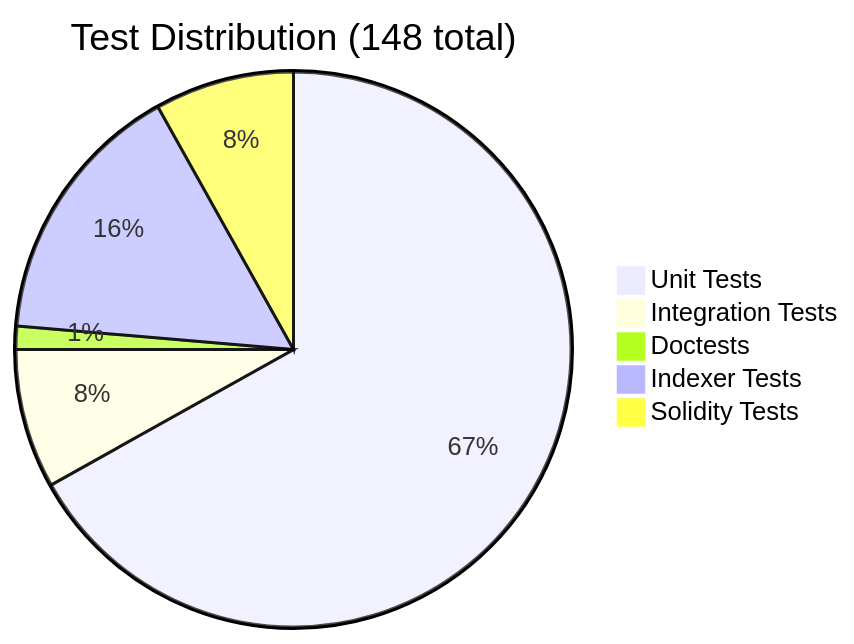
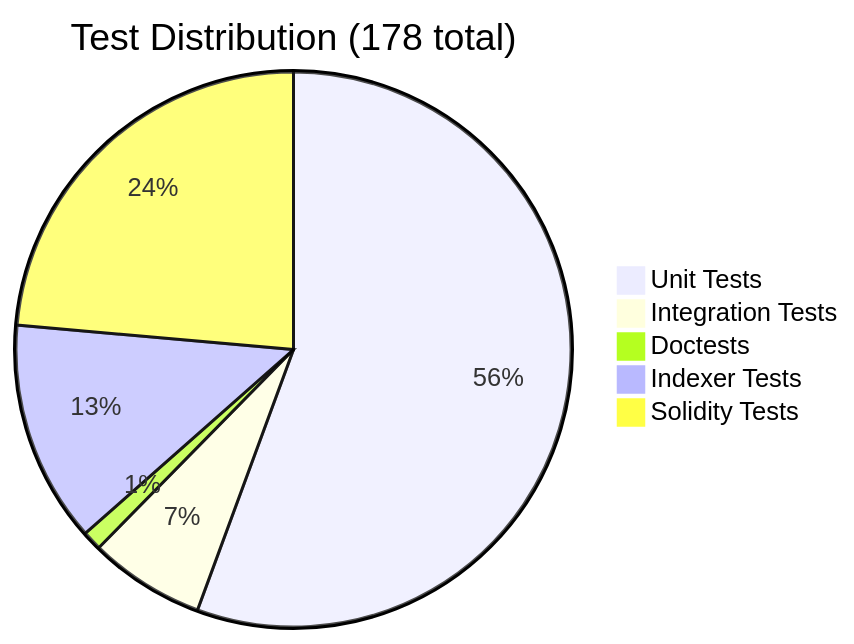
Before and after one commit to skardas/pq_bitcoin: the ninth of 9 diagrams in README.md, drawn with Mermaid. The commit also changed other lines of this file, not shown here.

````diff
--- a/README.md
+++ b/README.md
@@ -809,8 +836,8 @@
 ```mermaid
-pie title Test Distribution (148 total)
+pie title Test Distribution (178 total)
     "Unit Tests" : 99
     "Integration Tests" : 12
     "Doctests" : 2
     "Indexer Tests" : 23
-    "Solidity Tests" : 12
+    "Solidity Tests" : 42
 ```
````
